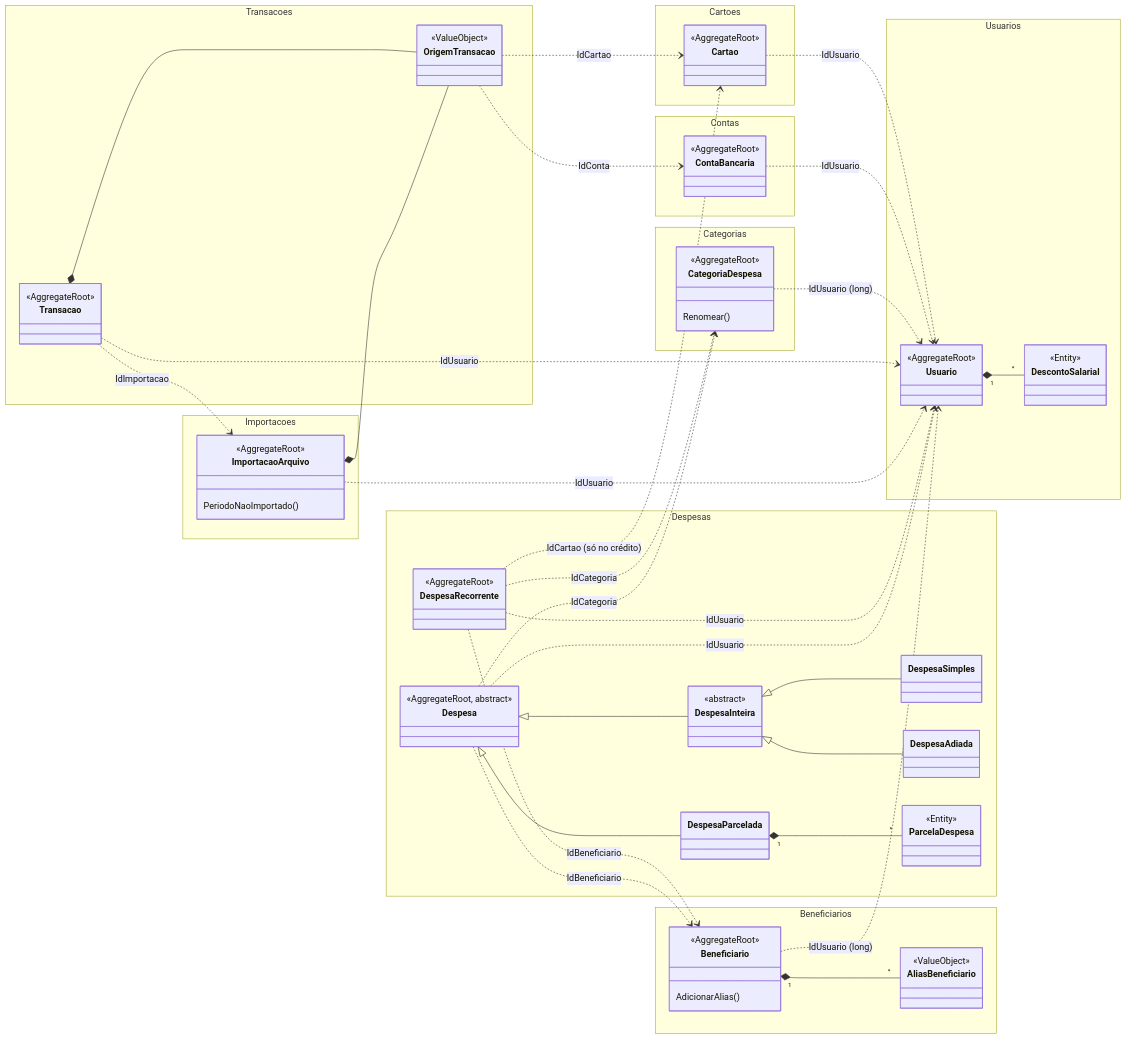
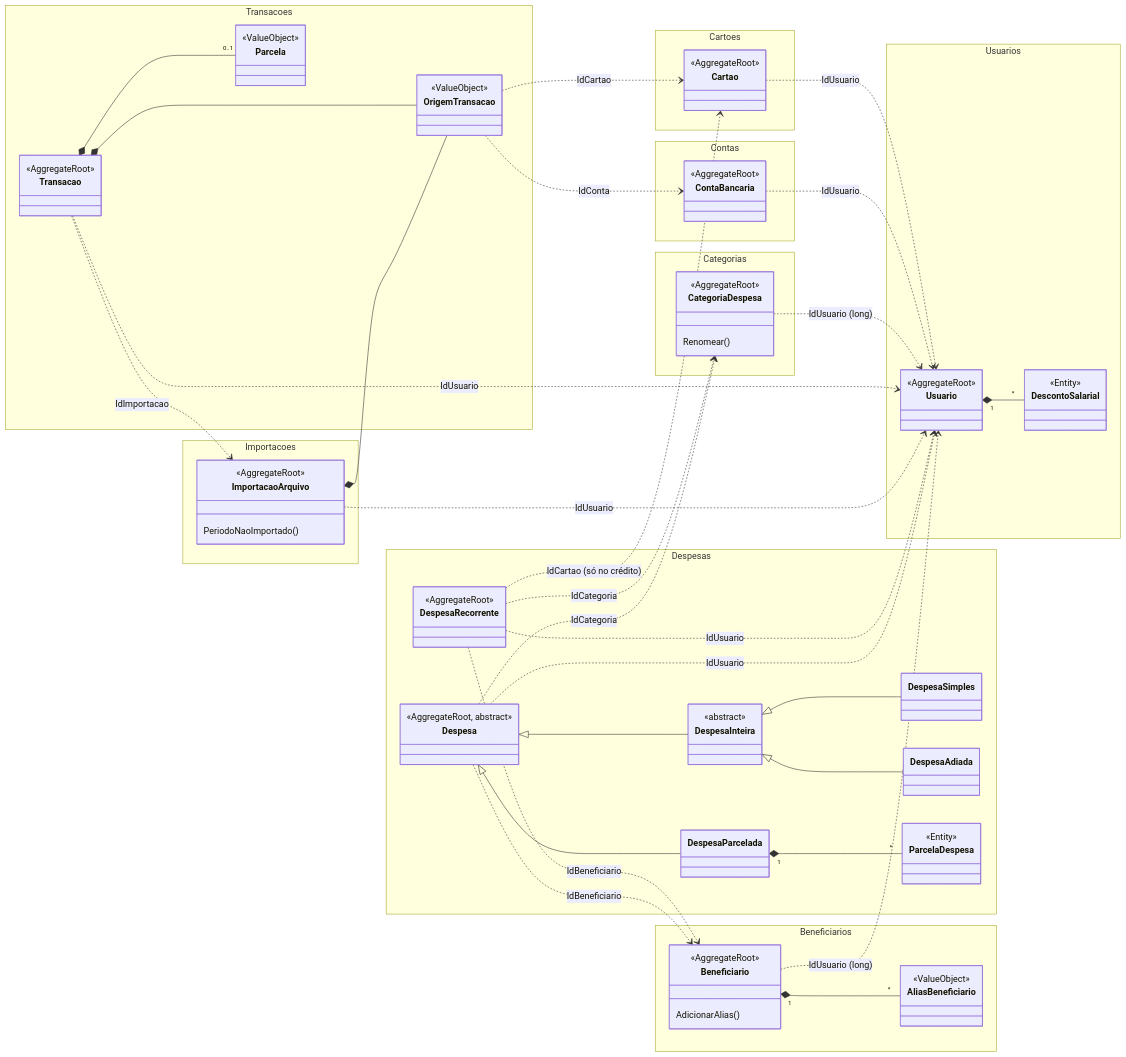
Before and after one commit to humbertosampaio/controle-financeiro: the first of 2 diagrams in docs/modelo-de-dominio.md, drawn with Mermaid. The commit also changed other lines of this file, not shown here.

First line of the commit message:
docs(dominio): Retrata a fatura, a parcela e os cartões obtidos da fatura

```diff
--- a/docs/modelo-de-dominio.md
+++ b/docs/modelo-de-dominio.md
@@ -81,6 +81,9 @@
         class OrigemTransacao {
             <<ValueObject>>
         }
+        class Parcela {
+            <<ValueObject>>
+        }
     }
 
     namespace Importacoes {
@@ -113,6 +116,7 @@
     CategoriaDespesa ..> Usuario : IdUsuario (long)
 
     Transacao *-- OrigemTransacao
+    Transacao *-- "0..1" Parcela
     Transacao ..> Usuario : IdUsuario
     Transacao ..> ImportacaoArquivo : IdImportacao
     OrigemTransacao ..> ContaBancaria : IdConta
```
